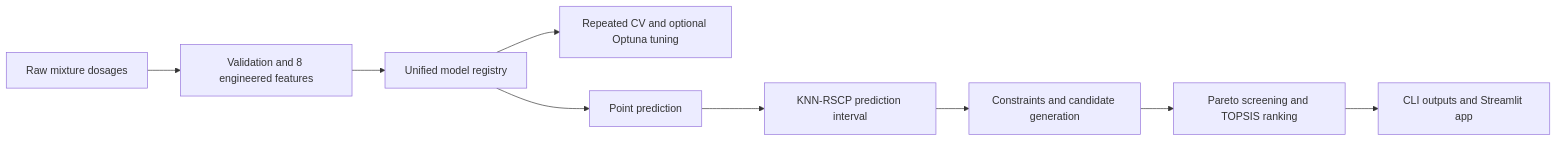
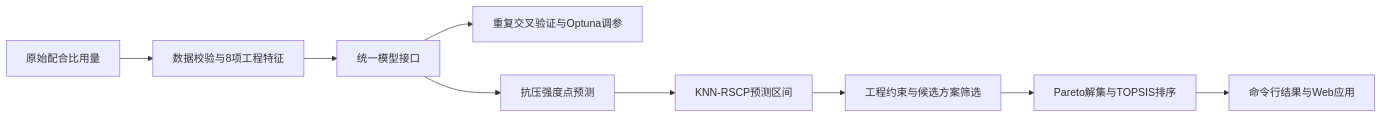
Before and after one commit to Barometer-2002/scm-concrete-strength-ml: the diagram in README.md, drawn with Mermaid. The commit also changed other lines of this file and 1 other file, not shown here.

Commit message:
Localize Streamlit UI and README to Chinese

````diff
--- a/README.md
+++ b/README.md
@@ -35,11 +24,11 @@
 ```mermaid
 flowchart LR
-    A["Raw mixture dosages"] --> B["Validation and 8 engineered features"]
-    B --> C["Unified model registry"]
-    C --> D["Repeated CV and optional Optuna tuning"]
-    C --> E["Point prediction"]
-    E --> F["KNN-RSCP prediction interval"]
-    F --> G["Constraints and candidate generation"]
-    G --> H["Pareto screening and TOPSIS ranking"]
-    H --> I["CLI outputs and Streamlit app"]
+    A["原始配合比用量"] --> B["数据校验与8项工程特征"]
+    B --> C["统一模型接口"]
+    C --> D["重复交叉验证与Optuna调参"]
+    C --> E["抗压强度点预测"]
+    E --> F["KNN-RSCP预测区间"]
+    F --> G["工程约束与候选方案筛选"]
+    G --> H["Pareto解集与TOPSIS排序"]
+    H --> I["命令行结果与Web应用"]
 ```
````
